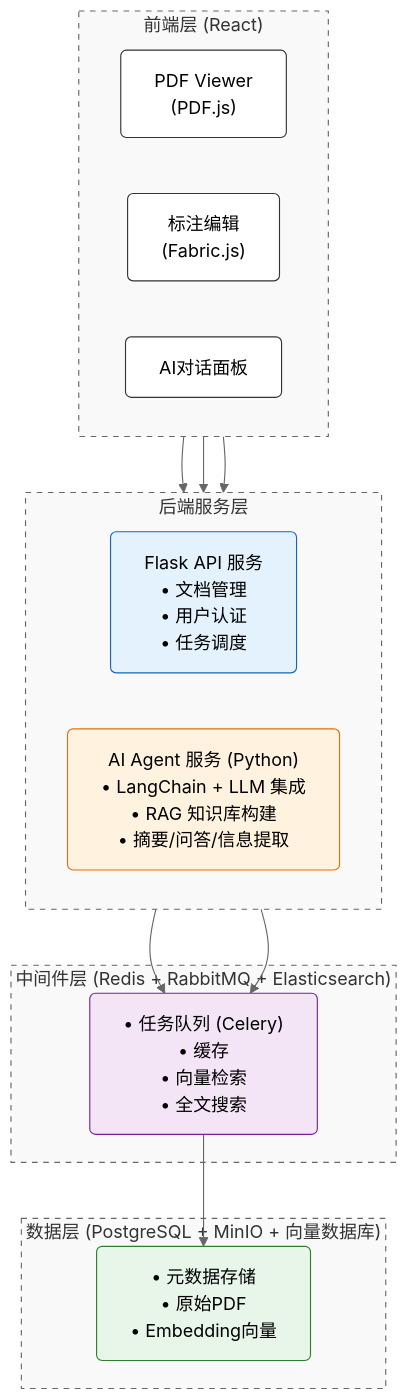
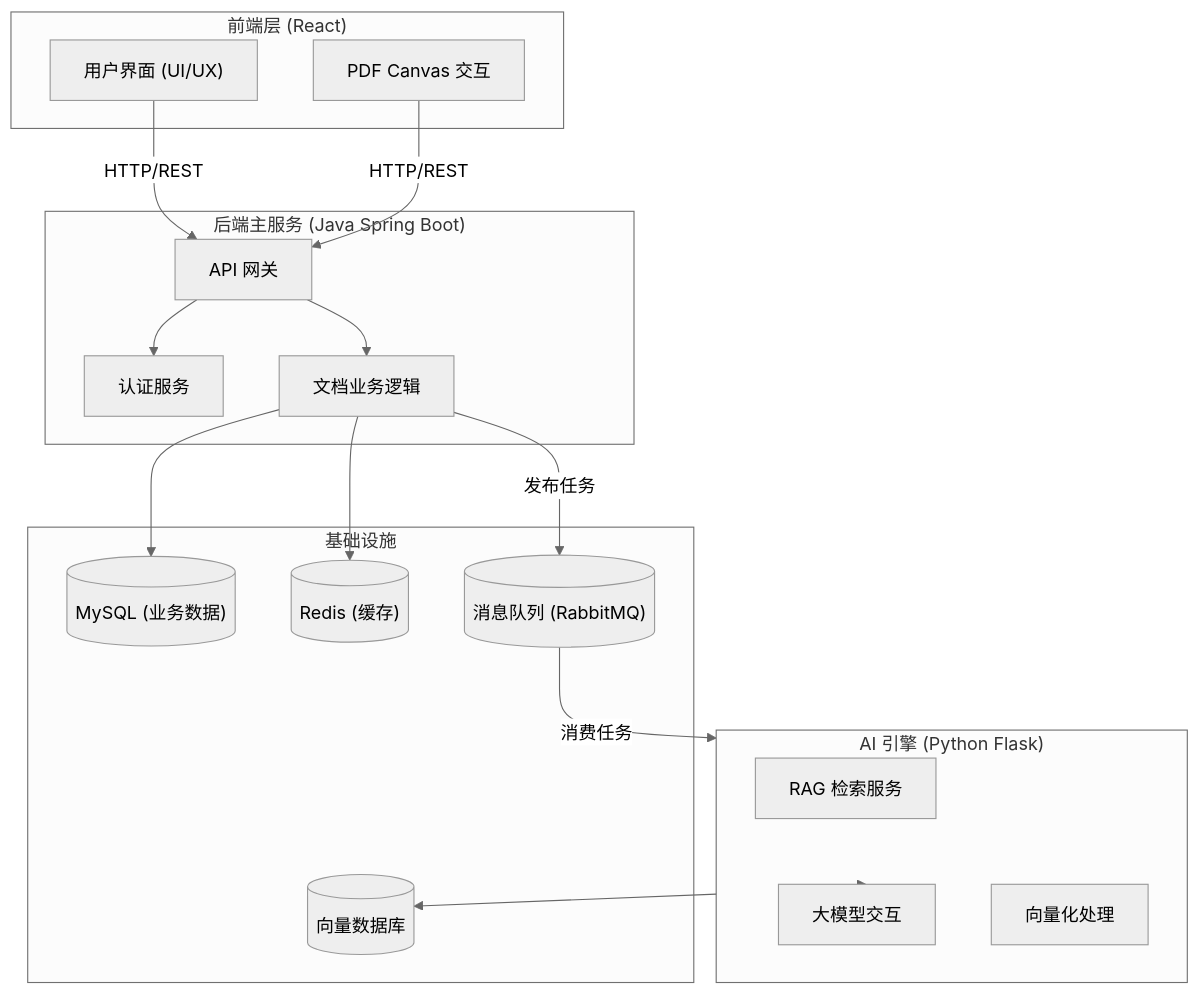
The diagram in README.md (q941299664/DocuMind-AI), drawn with Mermaid (neutral theme) before and after one commit. The commit also changed other lines of this file and 3 other files, not shown here.

````diff
--- a/README.md
+++ b/README.md
@@ -42,48 +40,44 @@
 ```mermaid
 flowchart TD
     %% 前端层
     subgraph Frontend ["前端层 (React)"]
-        direction LR
-        F1["PDF Viewer<br>(PDF.js)"]
-        F2["标注编辑<br>(Fabric.js)"]
-        F3["AI对话面板"]
+        F1["用户界面 (UI/UX)"]
+        F2["PDF Canvas 交互"]
     end
 
-    %% 后端服务
-    subgraph Services ["后端服务层"]
-        direction LR
-        API["Flask API 服务<br>• 文档管理<br>• 用户认证<br>• 任务调度"]
-        Agent["AI Agent 服务 (Python)<br>• LangChain + LLM 集成<br>• RAG 知识库构建<br>• 摘要/问答/信息提取"]
+    %% 后端主服务
+    subgraph Backend ["后端主服务 (Java Spring Boot)"]
+        Gateway["API 网关"]
+        Auth["认证服务"]
+        Biz["文档业务逻辑"]
     end
 
-    %% 中间件
-    subgraph Middleware ["中间件层 (Redis + RabbitMQ + Elasticsearch)"]
-        MW["• 任务队列 (Celery)<br>• 缓存<br>• 向量检索<br>• 全文搜索"]
+    %% AI 引擎
+    subgraph AIEngine ["AI 引擎 (Python Flask)"]
+        RAG["RAG 检索服务"]
+        LLM["大模型交互"]
+        Vector["向量化处理"]
     end
 
-    %% 数据层
-    subgraph Data ["数据层 (PostgreSQL + MinIO + 向量数据库)"]
-        DB["• 元数据存储<br>• 原始PDF<br>• Embedding向量"]
+    %% 中间件与存储
+    subgraph Infrastructure ["基础设施"]
+        MySQL[("MySQL (业务数据)")]
+        Redis[("Redis (缓存)")]
+        MQ[("消息队列 (RabbitMQ)")]
+        VectorDB[("向量数据库")]
     end
 
     %% 连线关系
-    F1 & F2 --> API
-    F3 --> Agent
+    F1 & F2 -->|HTTP/REST| Gateway
+    Gateway --> Auth & Biz
+    Biz --> MySQL
+    Biz --> Redis
     
-    API --> MW
-    Agent --> MW
+    %% 异步任务 / RPC
+    Biz -->|发布任务| MQ
+    MQ -->|消费任务| AIEngine
     
-    MW --> DB
-
-    %% 样式美化
-    classDef box fill:#fff,stroke:#333,stroke-width:1px,rx:5,ry:5;
-    classDef layer fill:#f9f9f9,stroke:#666,stroke-dasharray: 5 5;
-    
-    class F1,F2,F3,API,Agent,MW,DB box;
-    class Frontend,Services,Middleware,Data layer;
-    
-    style API fill:#e3f2fd,stroke:#1565c0
-    style Agent fill:#fff3e0,stroke:#ef6c00
-    style MW fill:#f3e5f5,stroke:#7b1fa2
-    style DB fill:#e8f5e9,stroke:#2e7d32
+    %% AI 流程
+    AIEngine --> VectorDB
+    AIEngine --> LLM
 ```
````
